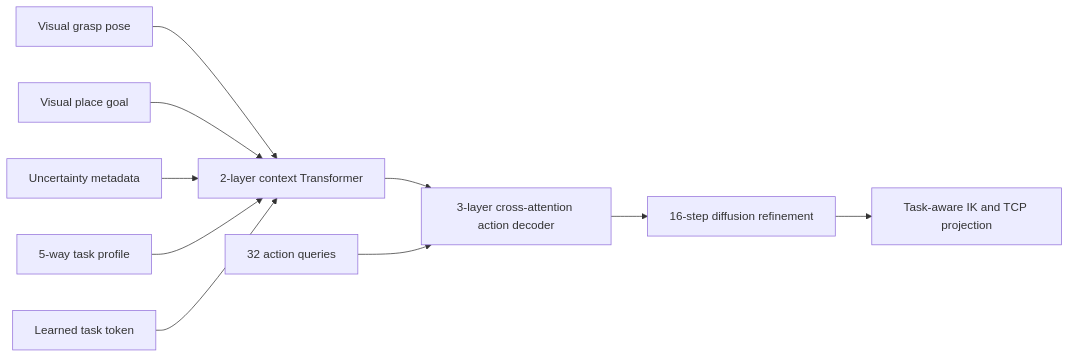
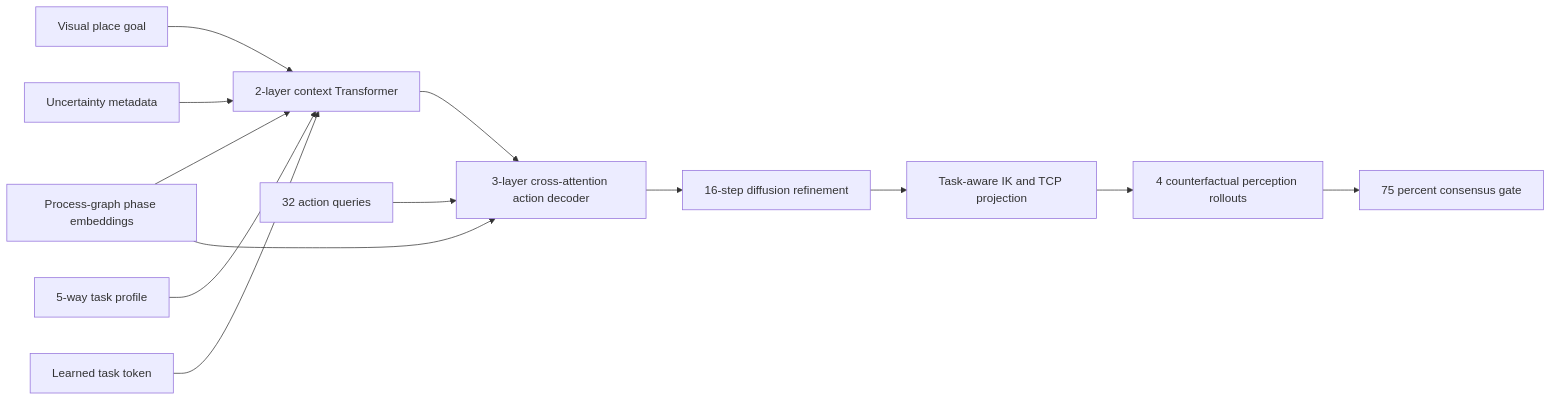
Before and after one commit to 1830051801-ux/embodied-arm-learning: the diagram in docs/constraint_diffusion_digital_twin.md, drawn with Mermaid. The commit also changed other lines of this file and 7 other files, not shown here.

Commit message:
Add process graph and counterfactual safety consensus

````diff
--- a/docs/constraint_diffusion_digital_twin.md
+++ b/docs/constraint_diffusion_digital_twin.md
@@ -42,12 +43,15 @@
 ```mermaid
 flowchart LR
     G["Visual grasp pose"] --> E["2-layer context Transformer"]
     P["Visual place goal"] --> E
     U["Uncertainty metadata"] --> E
     T["5-way task profile"] --> E
     L["Learned task token"] --> E
     E --> A["3-layer cross-attention action decoder"]
     Q["32 action queries"] --> A
+    G["Process-graph phase embeddings"] --> A
     A --> D["16-step diffusion refinement"]
     D --> C["Task-aware IK and TCP projection"]
+    C --> R["4 counterfactual perception rollouts"]
+    R --> S["75 percent consensus gate"]
 ```
````
